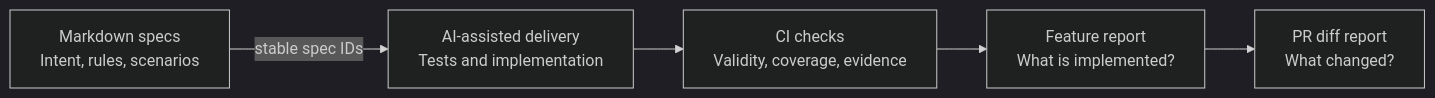
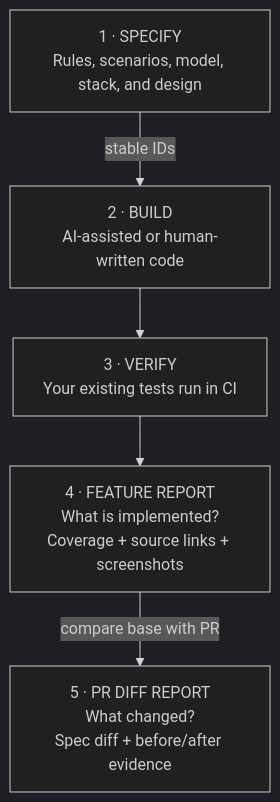
Before and after one commit to anselmdk/feature-spec-md: the first of 3 diagrams in README.md, drawn with Mermaid (dark theme). The commit also changed other lines of this file, not shown here.

````diff
--- a/README.md
+++ b/README.md
@@ -9,13 +9,13 @@
 ```mermaid
-flowchart LR
-    A["Markdown specs<br/>Intent, rules, scenarios"]
-    B["AI-assisted delivery<br/>Tests and implementation"]
-    C["CI checks<br/>Validity, coverage, evidence"]
-    D["Feature report<br/>What is implemented?"]
-    E["PR diff report<br/>What changed?"]
+flowchart TB
+    A["1 · SPECIFY<br/>Rules, scenarios, model, stack, and design"]
+    B["2 · BUILD<br/>AI-assisted or human-written code"]
+    C["3 · VERIFY<br/>Your existing tests run in CI"]
+    D["4 · FEATURE REPORT<br/>What is implemented?<br/>Coverage + source links + screenshots"]
+    E["5 · PR DIFF REPORT<br/>What changed?<br/>Spec diff + before/after evidence"]
 
-    A -->|stable spec IDs| B
+    A -->|stable IDs| B
     B --> C
     C --> D
-    D --> E
+    D -->|compare base with PR| E
 ```
````
